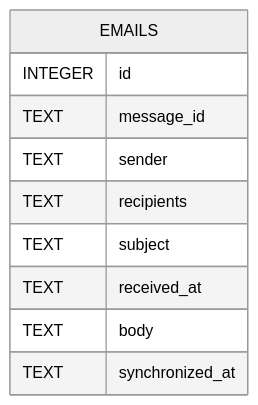
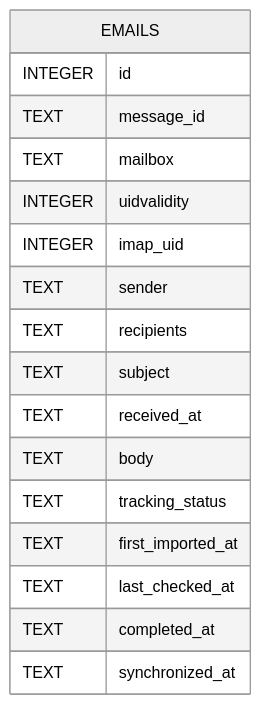
The third of 4 diagrams in docs/design_v0_1.md (a3suger/WorkInBox), drawn with Mermaid (neutral theme) before and after one commit. The commit also changed other lines of this file, not shown here.

````diff
--- a/docs/design_v0_1.md
+++ b/docs/design_v0_1.md
@@ -290,22 +430,20 @@
 ```mermaid
 erDiagram
-
     EMAILS {
-
         INTEGER id
-
         TEXT message_id
-
+        TEXT mailbox
+        INTEGER uidvalidity
+        INTEGER imap_uid
         TEXT sender
-
         TEXT recipients
-
         TEXT subject
-
         TEXT received_at
-
         TEXT body
-
+        TEXT tracking_status
+        TEXT first_imported_at
+        TEXT last_checked_at
+        TEXT completed_at
         TEXT synchronized_at
     }
 ```
````
